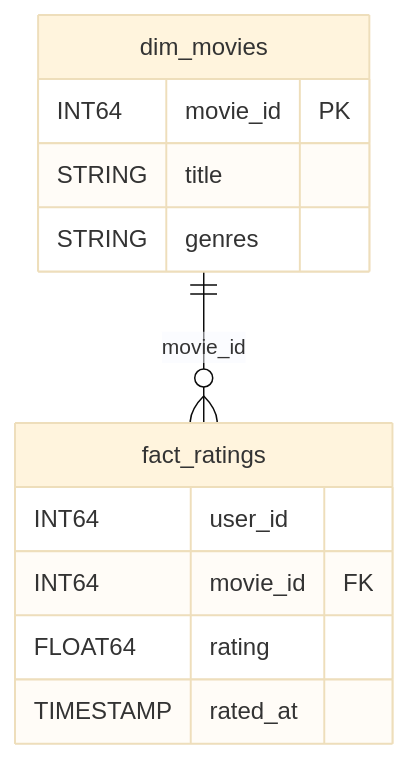
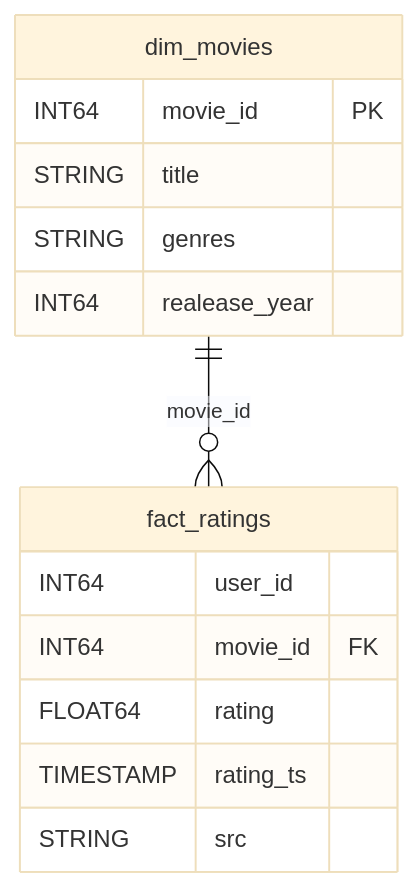
One commit to paulordn/movielens-ratings-gcp changed the second of 2 diagrams in README.md. Above: the diagram before and after it, drawn with Mermaid (base theme). The commit also changed other lines of this file and 17 other files, not shown here.

````diff
--- a/README.md
+++ b/README.md
@@ -53,15 +53,17 @@
 ```mermaid
 erDiagram
     dim_movies ||--o{ fact_ratings : "movie_id"
     dim_movies {
         INT64 movie_id PK
         STRING title
         STRING genres
+        INT64 realease_year
     }
     fact_ratings {
         INT64 user_id
         INT64 movie_id FK
         FLOAT64 rating
-        TIMESTAMP rated_at
+        TIMESTAMP rating_ts
+        STRING src
     }
 ```
````
